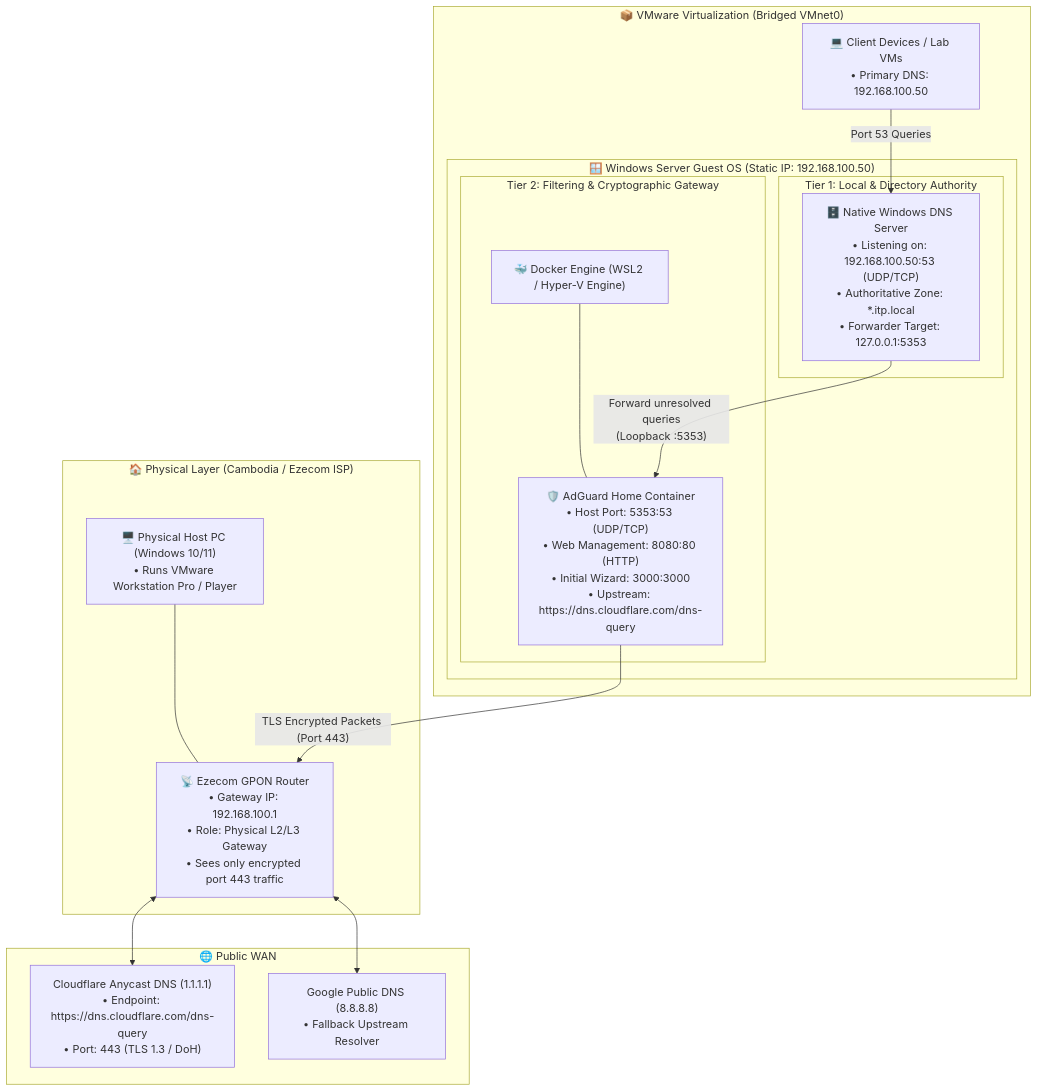
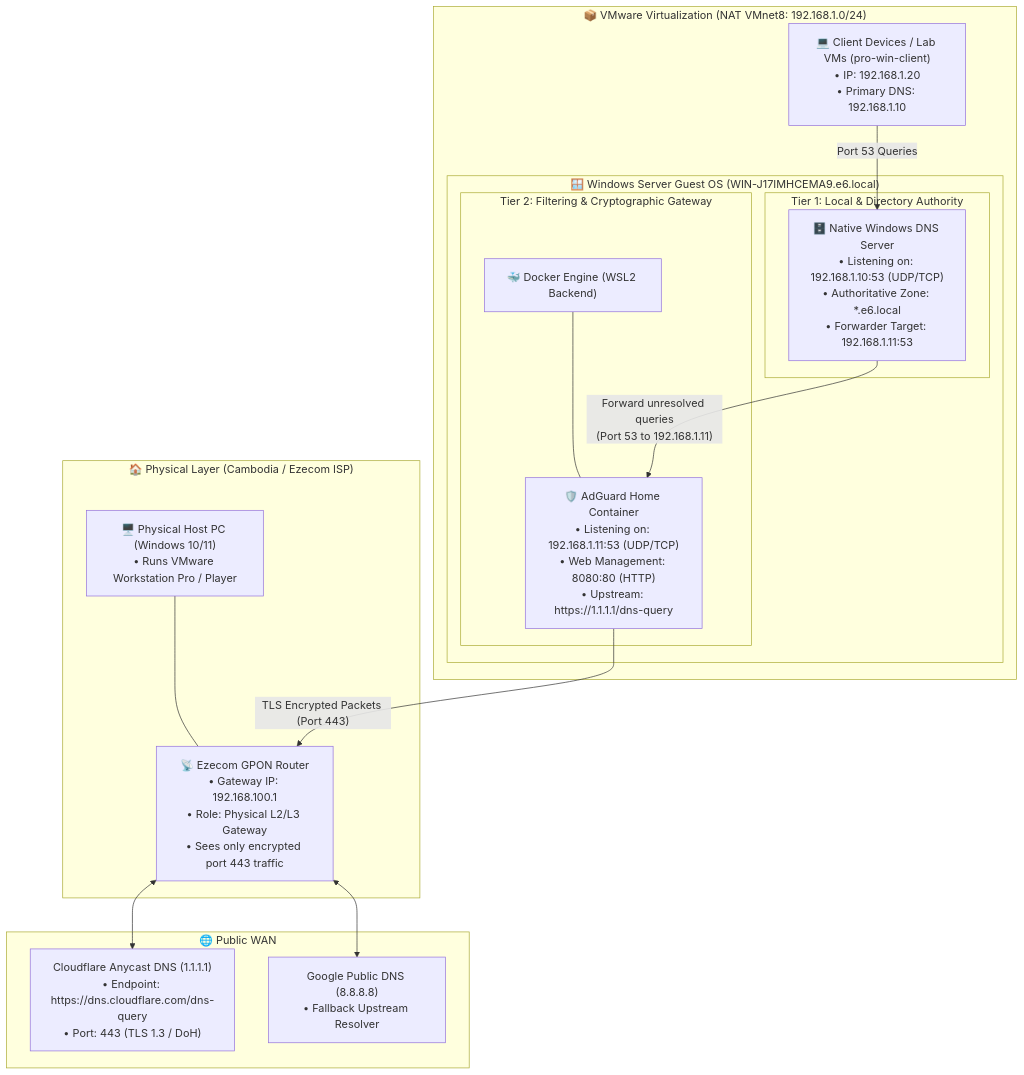
Before and after one commit to seang454/window-server-deploymennt: the first of 5 diagrams in dns-architecture.md, drawn with Mermaid. The commit also changed other lines of this file and 1 other file, not shown here.

````diff
--- a/dns-architecture.md
+++ b/dns-architecture.md
@@ -26,38 +26,38 @@
 ```mermaid
 flowchart TD
     subgraph Internet ["🌐 Public WAN"]
         Cloudflare["Cloudflare Anycast DNS (1.1.1.1)\n• Endpoint: https://dns.cloudflare.com/dns-query\n• Port: 443 (TLS 1.3 / DoH)"]
         Google["Google Public DNS (8.8.8.8)\n• Fallback Upstream Resolver"]
     end
 
     subgraph PhysicalEnvironment ["🏠 Physical Layer (Cambodia / Ezecom ISP)"]
         EzecomGPON["📡 Ezecom GPON Router\n• Gateway IP: 192.168.100.1\n• Role: Physical L2/L3 Gateway\n• Sees only encrypted port 443 traffic"]
         PhysicalHost["🖥️ Physical Host PC (Windows 10/11)\n• Runs VMware Workstation Pro / Player"]
     end
 
-    subgraph VMwareLayer ["📦 VMware Virtualization (Bridged VMnet0)"]
-        subgraph WinServerVM ["🪟 Windows Server Guest OS (Static IP: 192.168.100.50)"]
+    subgraph VMwareLayer ["📦 VMware Virtualization (NAT VMnet8: 192.168.1.0/24)"]
+        subgraph WinServerVM ["🪟 Windows Server Guest OS (WIN-J17IMHCEMA9.e6.local)"]
             
             subgraph Tier1 ["Tier 1: Local & Directory Authority"]
-                WinDNS["🗄️ Native Windows DNS Server\n• Listening on: 192.168.100.50:53 (UDP/TCP)\n• Authoritative Zone: *.itp.local\n• Forwarder Target: 127.0.0.1:5353"]
+                WinDNS["🗄️ Native Windows DNS Server\n• Listening on: 192.168.1.10:53 (UDP/TCP)\n• Authoritative Zone: *.e6.local\n• Forwarder Target: 192.168.1.11:53"]
             end
 
             subgraph Tier2 ["Tier 2: Filtering & Cryptographic Gateway"]
-                DockerDaemon["🐳 Docker Engine (WSL2 / Hyper-V Engine)"]
-                AdGuard["🛡️ AdGuard Home Container\n• Host Port: 5353:53 (UDP/TCP)\n• Web Management: 8080:80 (HTTP)\n• Initial Wizard: 3000:3000\n• Upstream: https://dns.cloudflare.com/dns-query"]
+                DockerDaemon["🐳 Docker Engine (WSL2 Backend)"]
+                AdGuard["🛡️ AdGuard Home Container\n• Listening on: 192.168.1.11:53 (UDP/TCP)\n• Web Management: 8080:80 (HTTP)\n• Upstream: https://1.1.1.1/dns-query"]
                 DockerDaemon --- AdGuard
             end
 
-            WinDNS -- "Forward unresolved queries\n(Loopback :5353)" --> AdGuard
+            WinDNS -- "Forward unresolved queries\n(Port 53 to 192.168.1.11)" --> AdGuard
         end
 
-        ClientVM["💻 Client Devices / Lab VMs\n• Primary DNS: 192.168.100.50"]
+        ClientVM["💻 Client Devices / Lab VMs (pro-win-client)\n• IP: 192.168.1.20\n• Primary DNS: 192.168.1.10"]
     end
 
     %% Network links
     PhysicalHost --- EzecomGPON
     EzecomGPON <--> Cloudflare
     EzecomGPON <--> Google
     ClientVM -- "Port 53 Queries" --> WinDNS
     AdGuard -- "TLS Encrypted Packets (Port 443)" --> EzecomGPON
 ```
````
